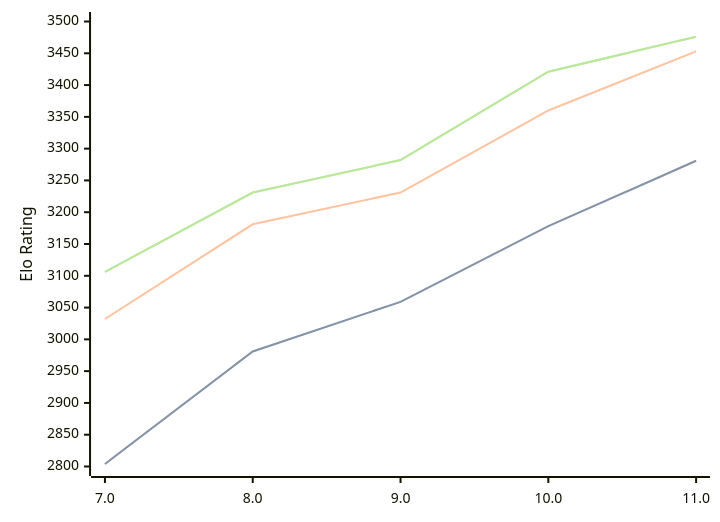
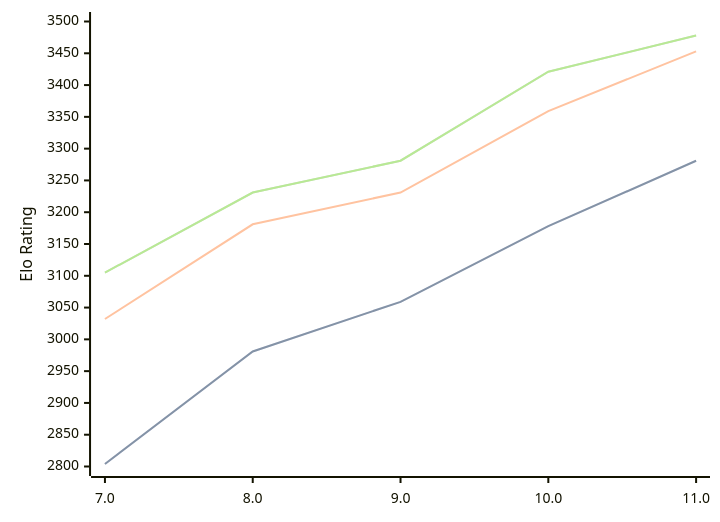
One commit to computer-chess-index/cci changed the diagram in engines/Tcheran.md. Above: the diagram before and after it, drawn with Mermaid. The commit also changed other lines of this file, not shown here.

Commit message:
Update CCI Ratings (ELO VLTC) - 2026-04-28

````diff
--- a/engines/Tcheran.md
+++ b/engines/Tcheran.md
@@ -49,11 +49,11 @@
 ```mermaid
 %%{init: {"theme":"base","themeVariables":{"seriesColors:['#a3a3a3','#222221','#faa371']}}}%%
 xychart-beta
   x-axis ["7.0", "8.0", "9.0", "10.0", "11.0"]
   y-axis "Elo Rating" 2800 --> 3500
   line "STC (8.0+0.08s)" [2804, 2981, 3059, 3178, 3281]
   line "STC (8.0+0.08s)" [2804, 2981, 3059, 3178, 3281]
-  line "LTC (60.0+0.60s)" [3032, 3181, 3231, 3360, 3453]
-  line "VLTC (2m24s+1.12s)" [3106, 3231, 3282, 3421, 3476]
-  line "VLTC (2m24s+1.12s)" [3106, 3231, 3282, 3421, 3476]
+  line "LTC (60.0+0.60s)" [3032, 3181, 3231, 3359, 3453]
+  line "VLTC (2m24s+1.12s)" [3105, 3231, 3281, 3421, 3478]
+  line "VLTC (2m24s+1.12s)" [3105, 3231, 3281, 3421, 3478]
 ```
````
